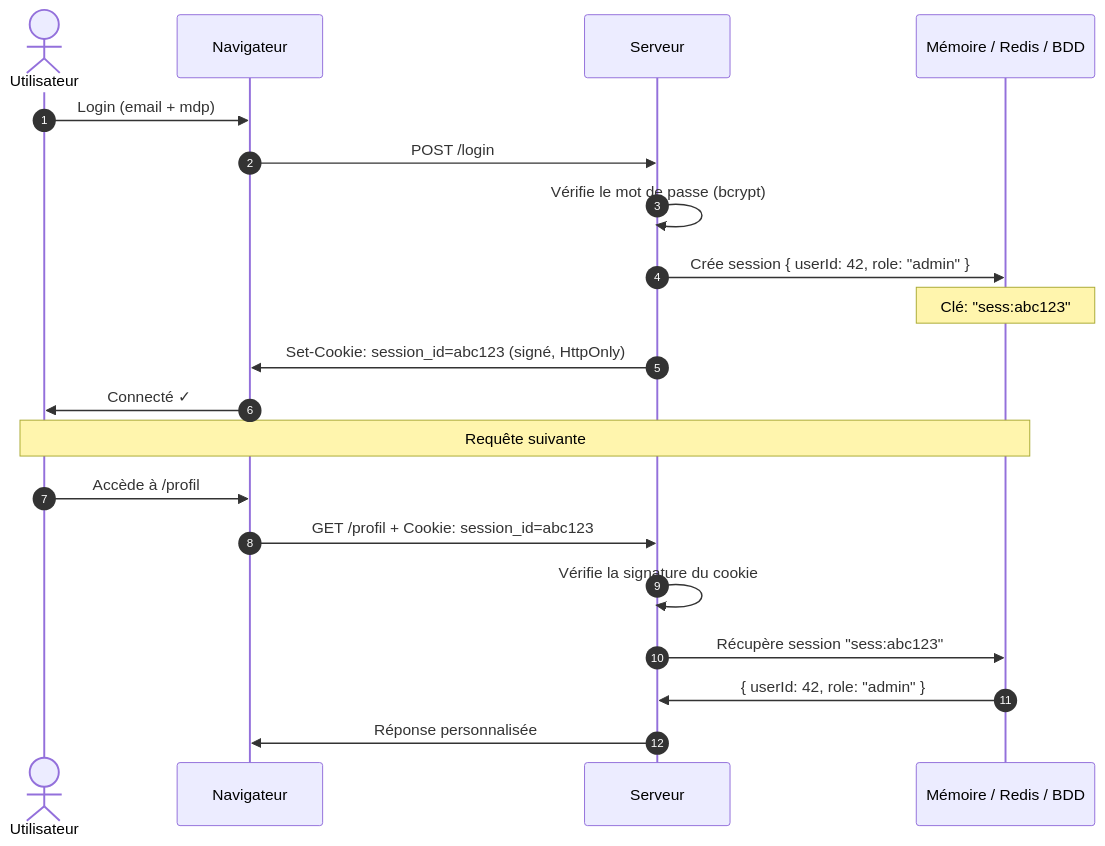
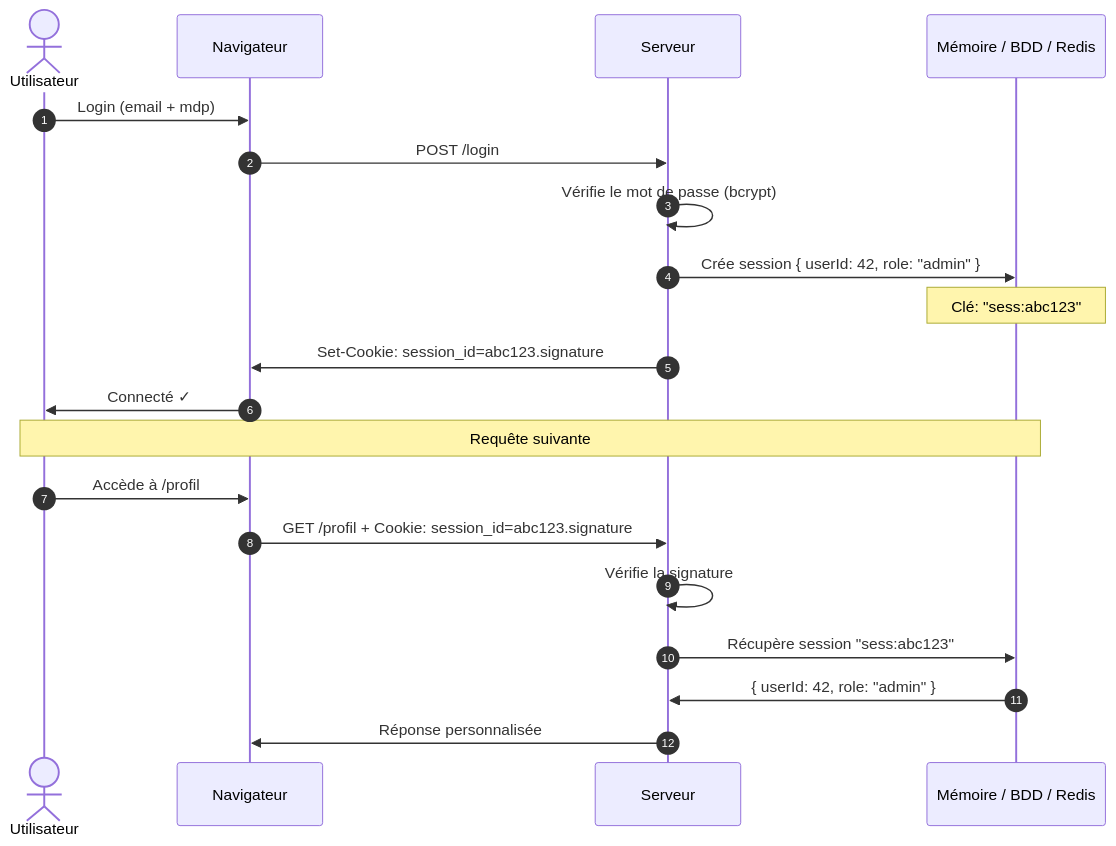
Before and after one commit to alxqtn/cours: the second of 4 diagrams in presenterm/authentication.md, drawn with Mermaid. The commit also changed other lines of this file and 2 other files, not shown here.

````diff
--- a/presenterm/authentication.md
+++ b/presenterm/authentication.md
@@ -360,24 +525,24 @@
 ```mermaid +render
 sequenceDiagram
     autonumber
     actor U as Utilisateur
     participant N as Navigateur
     participant S as Serveur
-    participant R as Mémoire / Redis / BDD
+    participant R as Mémoire / BDD / Redis
 
     U->>N: Login (email + mdp)
     N->>S: POST /login
     S->>S: Vérifie le mot de passe (bcrypt)
     S->>R: Crée session { userId: 42, role: "admin" }
     Note over R: Clé: "sess:abc123"
-    S->>N: Set-Cookie: session_id=abc123 (signé, HttpOnly)
+    S->>N: Set-Cookie: session_id=abc123.signature
     N->>U: Connecté ✓
 
     Note over U,R: Requête suivante
     U->>N: Accède à /profil
-    N->>S: GET /profil + Cookie: session_id=abc123
-    S->>S: Vérifie la signature du cookie
+    N->>S: GET /profil + Cookie: session_id=abc123.signature
+    S->>S: Vérifie la signature
     S->>R: Récupère session "sess:abc123"
     R->>S: { userId: 42, role: "admin" }
     S->>N: Réponse personnalisée
 ```
````
